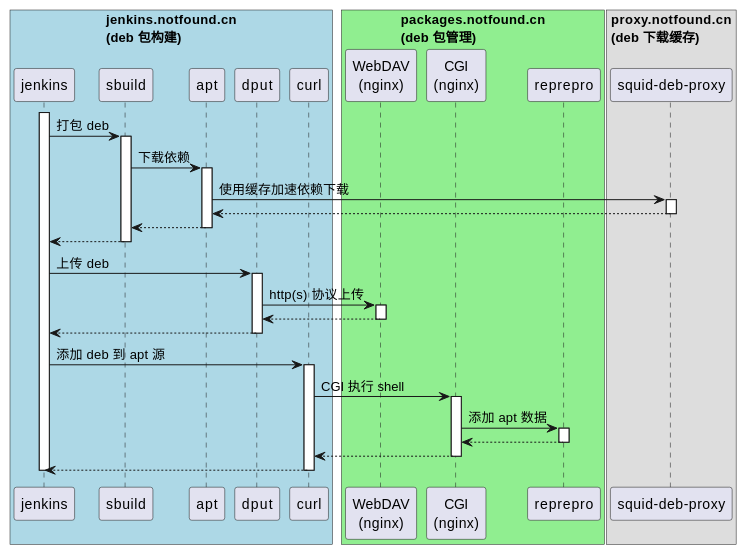
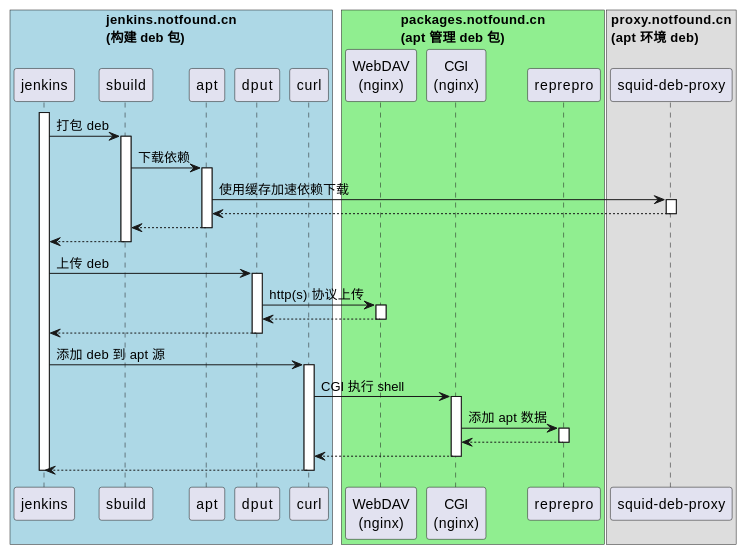
One commit to nocnob/notfound changed the diagram in src/pages/posts/deb-jenkins.adoc. Above: the diagram before and after it, drawn with PlantUML. The commit also changed other lines of this file, not shown here.

```diff
--- a/src/pages/posts/deb-jenkins.adoc
+++ b/src/pages/posts/deb-jenkins.adoc
@@ -13,61 +13,61 @@
 [source,plantuml]
 ----
 @startuml
-box "jenkins.notfound.cn\n(deb 包构建)" #LightBlue
+box "jenkins.notfound.cn\n(构建 deb 包)" #LightBlue
     participant jenkins
     participant sbuild
     participant apt
     participant dput
     participant curl
 end box
 
-box "packages.notfound.cn\n(deb 包管理)" #LightGreen
+box "packages.notfound.cn\n(apt 管理 deb 包)" #LightGreen
     participant "WebDAV\n(nginx)" as dav
     participant "CGI\n(nginx)" as cgi
     participant reprepro
 end box
 
-box "proxy.notfound.cn\n(deb 下载缓存)"
+box "proxy.notfound.cn\n(apt 环境 deb)"
     participant "squid-deb-proxy" as proxy
 end box
 
 activate jenkins
 
 jenkins  -> sbuild : 打包 deb
 activate sbuild
 sbuild   -> apt    : 下载依赖
 activate apt
 apt      -> proxy  : 使用缓存加速依赖下载
 activate proxy
 apt     <-- proxy
 deactivate proxy
 sbuild  <-- apt
 deactivate apt
 jenkins <-- sbuild
 deactivate sbuild
 
 jenkins  -> dput   : 上传 deb
 activate dput
 dput     -> dav    : http(s) 协议上传
 activate dav
 dput    <-- dav
 deactivate dav
 jenkins <-- dput
 deactivate dput
 
 jenkins  -> curl        : 添加 deb 到 apt 源 
 activate curl
 curl     -> cgi         : CGI 执行 shell
 activate cgi
 cgi      -> reprepro    : 添加 apt 数据
 activate reprepro
 cgi     <-- reprepro
 deactivate reprepro
 curl    <-- cgi
 deactivate cgi
 jenkins <-- curl
 deactivate curl
 
 deactivate jenkins
 @enduml
 ----
```
